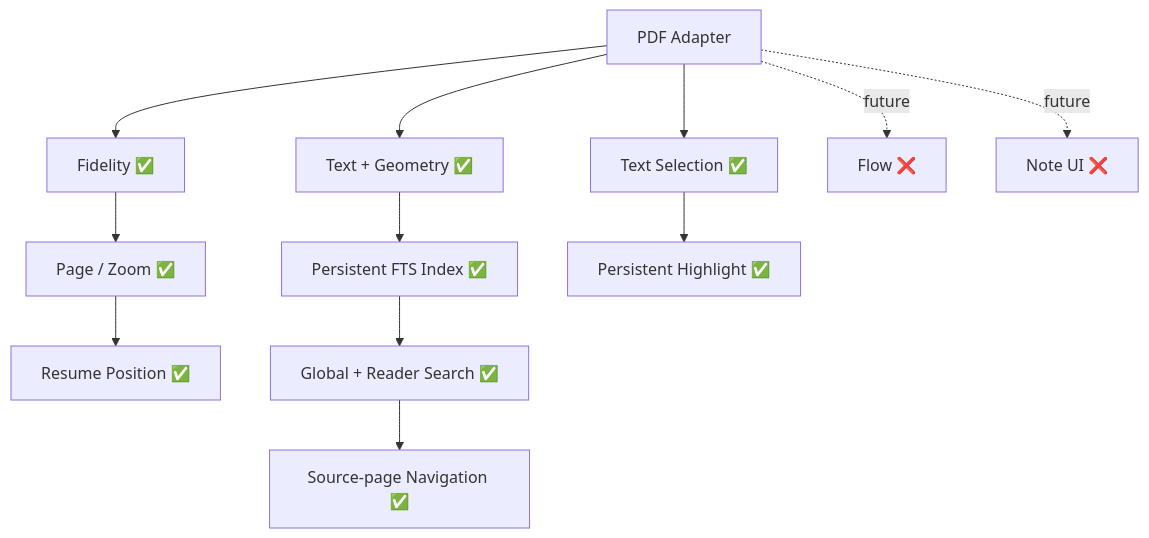
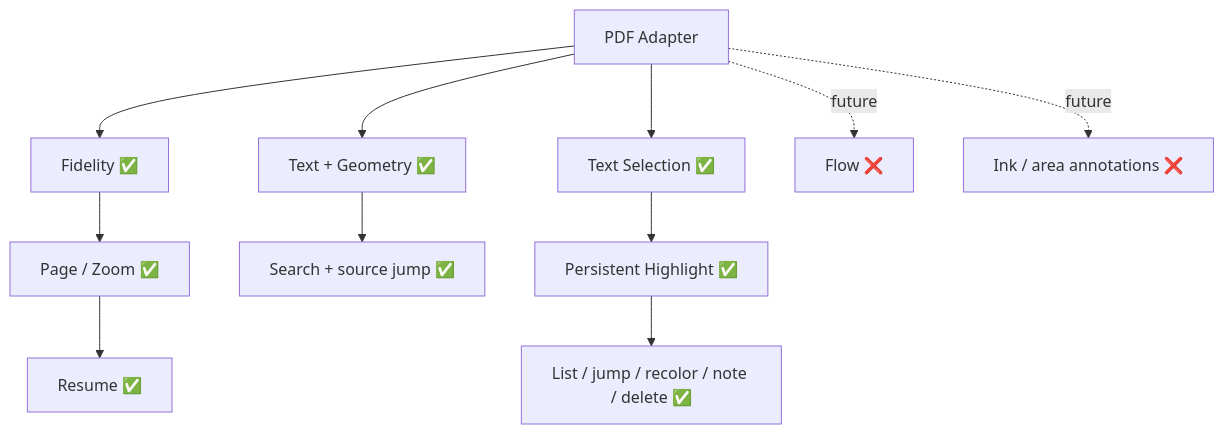
One commit to aaditya140103/kola changed the ninth of 14 diagrams in docs/PROJECT_GRAPH.md. Above: the diagram before and after it, drawn with Mermaid. The commit also changed other lines of this file, not shown here.

Commit message:
Document annotation management data flow

````diff
--- a/docs/PROJECT_GRAPH.md
+++ b/docs/PROJECT_GRAPH.md
@@ -154,21 +154,20 @@
 ```mermaid
 flowchart TD
     PDF[PDF Adapter]
     Fidelity[Fidelity ✅]
     Nav[Page / Zoom ✅]
-    Resume[Resume Position ✅]
+    Resume[Resume ✅]
     Extract[Text + Geometry ✅]
-    Index[Persistent FTS Index ✅]
-    Search[Global + Reader Search ✅]
-    Jump[Source-page Navigation ✅]
+    Search[Search + source jump ✅]
     Select[Text Selection ✅]
     Highlight[Persistent Highlight ✅]
+    Manage[List / jump / recolor / note / delete ✅]
     Flow[Flow ❌]
-    Notes[Note UI ❌]
+    Ink[Ink / area annotations ❌]
 
     PDF --> Fidelity --> Nav --> Resume
-    PDF --> Extract --> Index --> Search --> Jump
-    PDF --> Select --> Highlight
+    PDF --> Extract --> Search
+    PDF --> Select --> Highlight --> Manage
     PDF -. future .-> Flow
-    PDF -. future .-> Notes
+    PDF -. future .-> Ink
 ```
````
